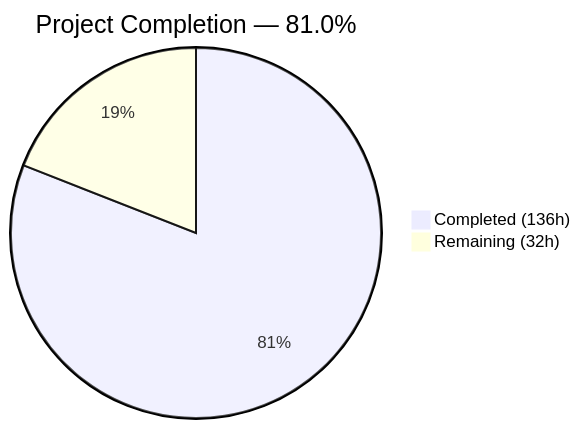
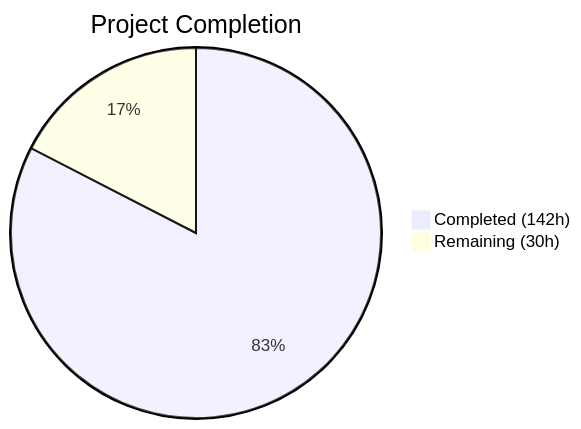
One commit to Blitzy-Sandbox/blitzy-formbricks changed the first of 2 diagrams in blitzy/documentation/Project Guide.md. Above: the diagram before and after it, drawn with Mermaid. The commit also changed other lines of this file, not shown here.

Commit message:
Adding Blitzy Project Guide: Project Status and Human Tasks Remaining

````diff
--- a/blitzy/documentation/Project Guide.md
+++ b/blitzy/documentation/Project Guide.md
@@ -13,5 +13,5 @@
 ```mermaid
-pie title Project Completion — 81.0%
-    "Completed (136h)" : 136
-    "Remaining (32h)" : 32
+pie title Project Completion
+    "Completed (142h)" : 142
+    "Remaining (30h)" : 30
 ```
````
